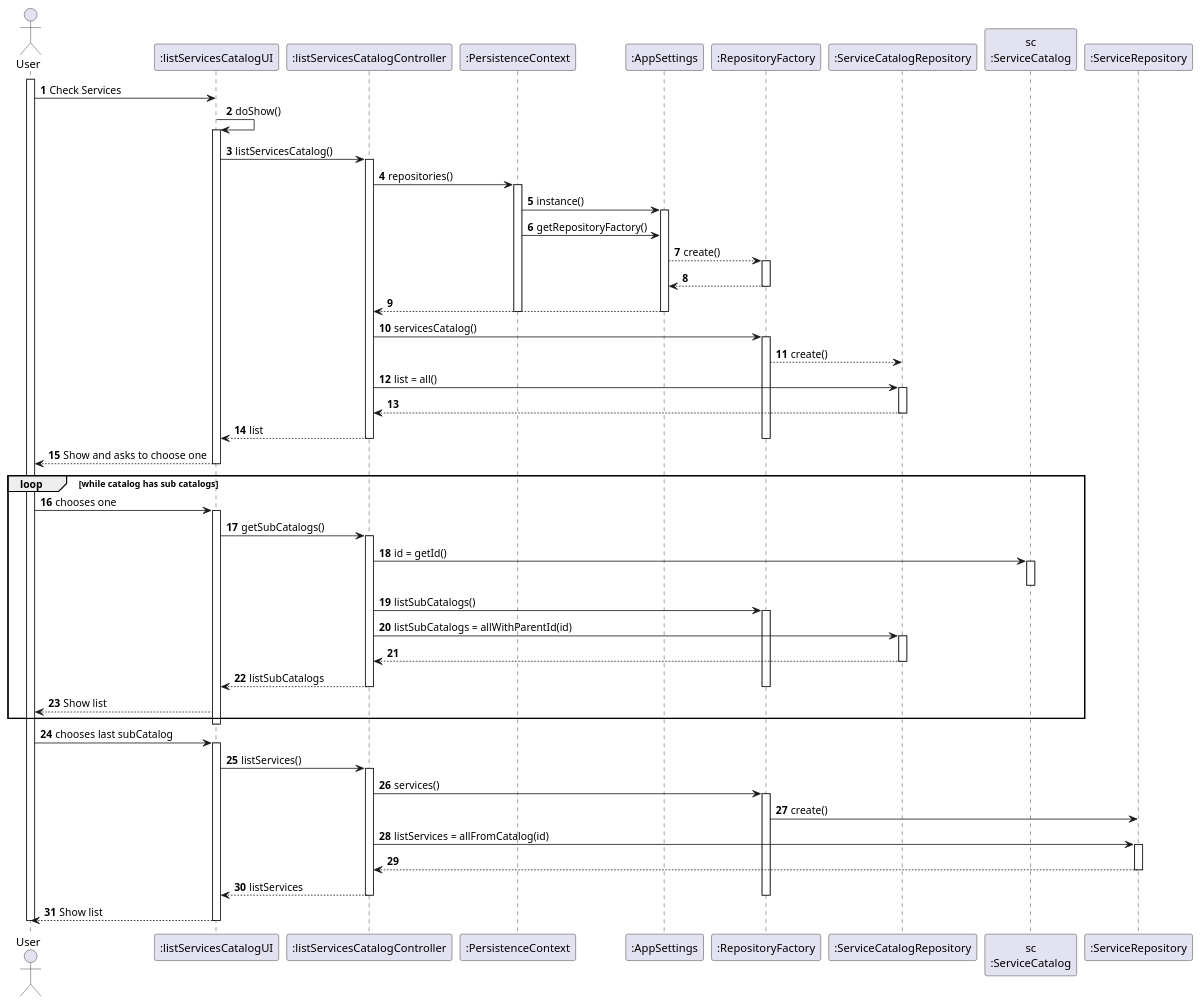
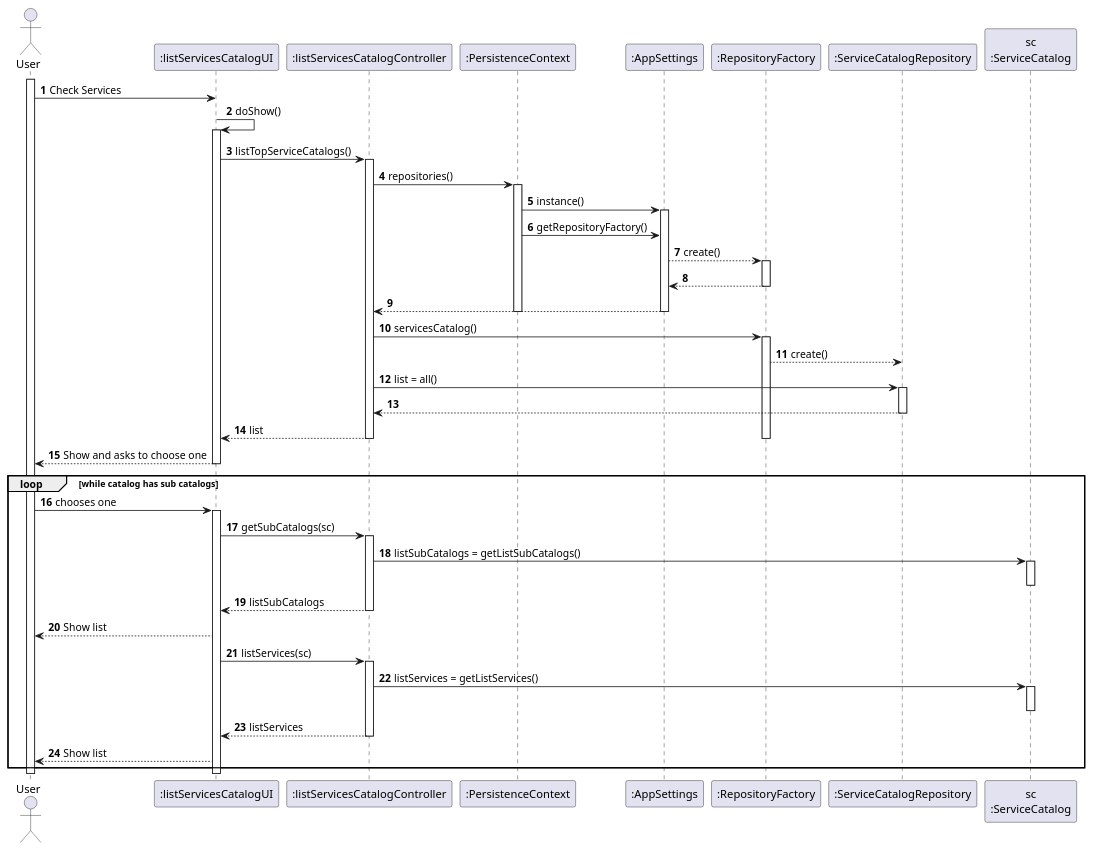
Before and after one commit to Joao-PP-Alves/isep-lapr4: the diagram in docs/1190743/US3001/SD_US3001.puml, drawn with PlantUML. The commit also changed 3 other files, not shown here.

```diff
--- a/docs/1190743/US3001/SD_US3001.puml
+++ b/docs/1190743/US3001/SD_US3001.puml
@@ -1,95 +1,79 @@
 @startuml
 autonumber
 
 actor "User" as USER
 participant ":listServicesCatalogUI" as UI
 participant ":listServicesCatalogController" as CTRL
 participant ":PersistenceContext" as PerC
 participant ":AppSettings" as APP
 participant ":RepositoryFactory" as REPFAC
 participant ":ServiceCatalogRepository" as COLABREP
 participant "sc\n:ServiceCatalog" as COLAB
-participant ":ServiceRepository" as TEAMREP
-
 
 
 activate USER
 USER -> UI : Check Services
 UI -> UI : doShow()
 activate UI
-UI -> CTRL : listServicesCatalog()
+UI -> CTRL : listTopServiceCatalogs()
 activate CTRL
 CTRL -> PerC : repositories()
 activate PerC
 PerC -> APP : instance()
 activate APP
 PerC -> APP : getRepositoryFactory()
 APP --> REPFAC : create()
 activate REPFAC
 REPFAC --> APP
 deactivate REPFAC
 APP --> CTRL
 deactivate APP
 deactivate PerC
 CTRL -> REPFAC : servicesCatalog()
 activate REPFAC
 REPFAC --> COLABREP : create()
 CTRL -> COLABREP : list = all()
 activate COLABREP
 COLABREP --> CTRL
 deactivate COLABREP
 CTRL --> UI : list
 deactivate REPFAC
 deactivate CTRL
 UI --> USER : Show and asks to choose one
 deactivate UI
 loop while catalog has sub catalogs
 USER -> UI: chooses one
 activate UI
-UI -> CTRL : getSubCatalogs()
+UI -> CTRL : getSubCatalogs(sc)
 activate CTRL
-CTRL -> COLAB : id = getId()
+CTRL -> COLAB : listSubCatalogs = getListSubCatalogs()
 activate COLAB
 deactivate COLAB
-CTRL -> REPFAC : listSubCatalogs()
-activate REPFAC
-CTRL -> COLABREP : listSubCatalogs = allWithParentId(id)
-activate COLABREP
-COLABREP --> CTRL
-deactivate COLABREP
 CTRL --> UI : listSubCatalogs
 deactivate REPFAC
 deactivate CTRL
 UI --> USER : Show list
-end loop
-
-deactivate UI
-USER -> UI : chooses last subCatalog
-activate UI
-UI -> CTRL : listServices()
+UI -> CTRL : listServices(sc)
 activate CTRL
-CTRL -> REPFAC : services()
-activate REPFAC
-REPFAC -> TEAMREP : create()
-CTRL -> TEAMREP : listServices = allFromCatalog(id)
-activate TEAMREP
-TEAMREP --> CTRL
-deactivate TEAMREP
+CTRL -> COLAB : listServices = getListServices()
+activate COLAB
+deactivate COLAB
 CTRL --> UI : listServices
 deactivate REPFAC
 deactivate CTRL
 UI --> USER : Show list
+end loop
 deactivate UI
 deactivate USER
 
 
 
 
 
 
 
 
 
 
 
 @enduml
```
